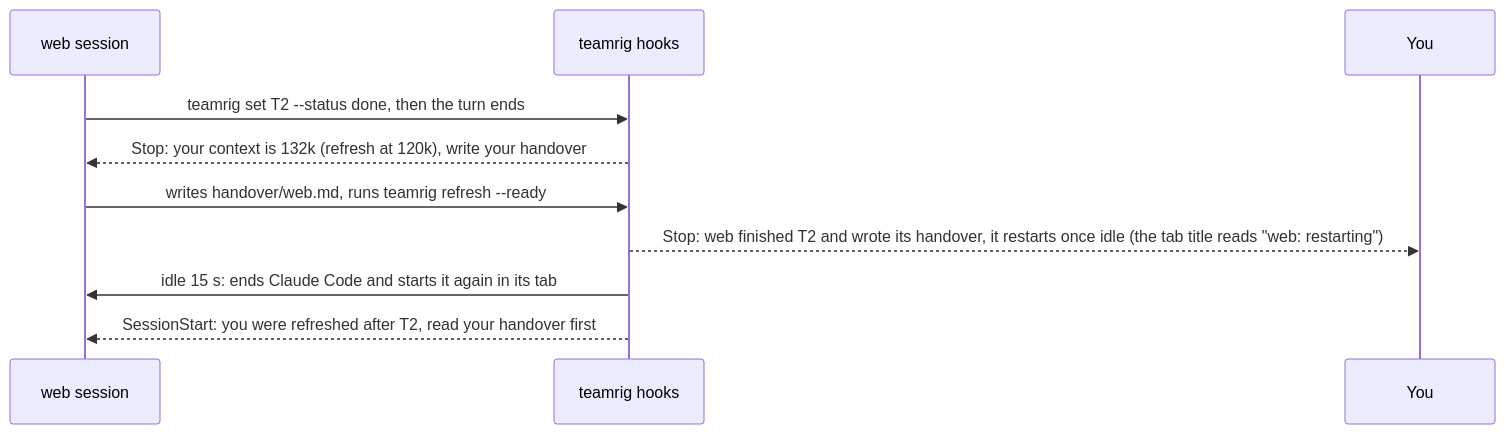
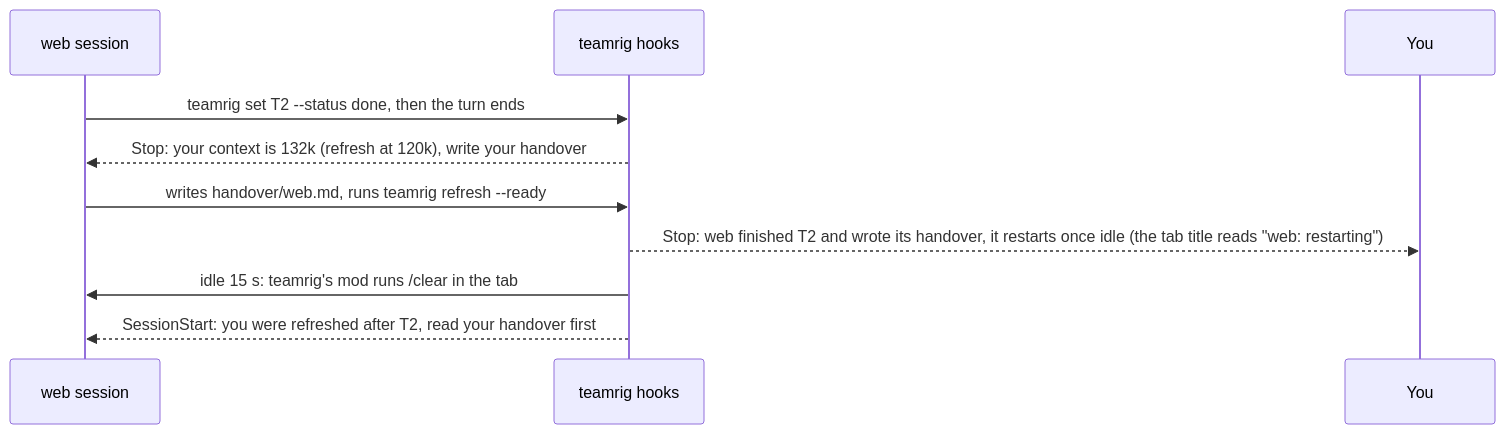
One commit to GeneralA6/teamrig changed the sixth of 9 diagrams in docs/how-it-works.md. Above: the diagram before and after it, drawn with Mermaid. The commit also changed other lines of this file and 5 other files, not shown here.

First line of the commit message:
docs: the automatic refresh clears the tab through the mod

````diff
--- a/docs/how-it-works.md
+++ b/docs/how-it-works.md
@@ -295,12 +295,12 @@
 ```mermaid
 sequenceDiagram
   participant W as web session
   participant H as teamrig hooks
   participant Y as You
   W->>H: teamrig set T2 --status done, then the turn ends
   H-->>W: Stop: your context is 132k (refresh at 120k), write your handover
   W->>H: writes handover/web.md, runs teamrig refresh --ready
   H-->>Y: Stop: web finished T2 and wrote its handover, it restarts once idle (the tab title reads "web: restarting")
-  H->>W: idle 15 s: ends Claude Code and starts it again in its tab
+  H->>W: idle 15 s: teamrig's mod runs /clear in the tab
   H-->>W: SessionStart: you were refreshed after T2, read your handover first
 ```
````
